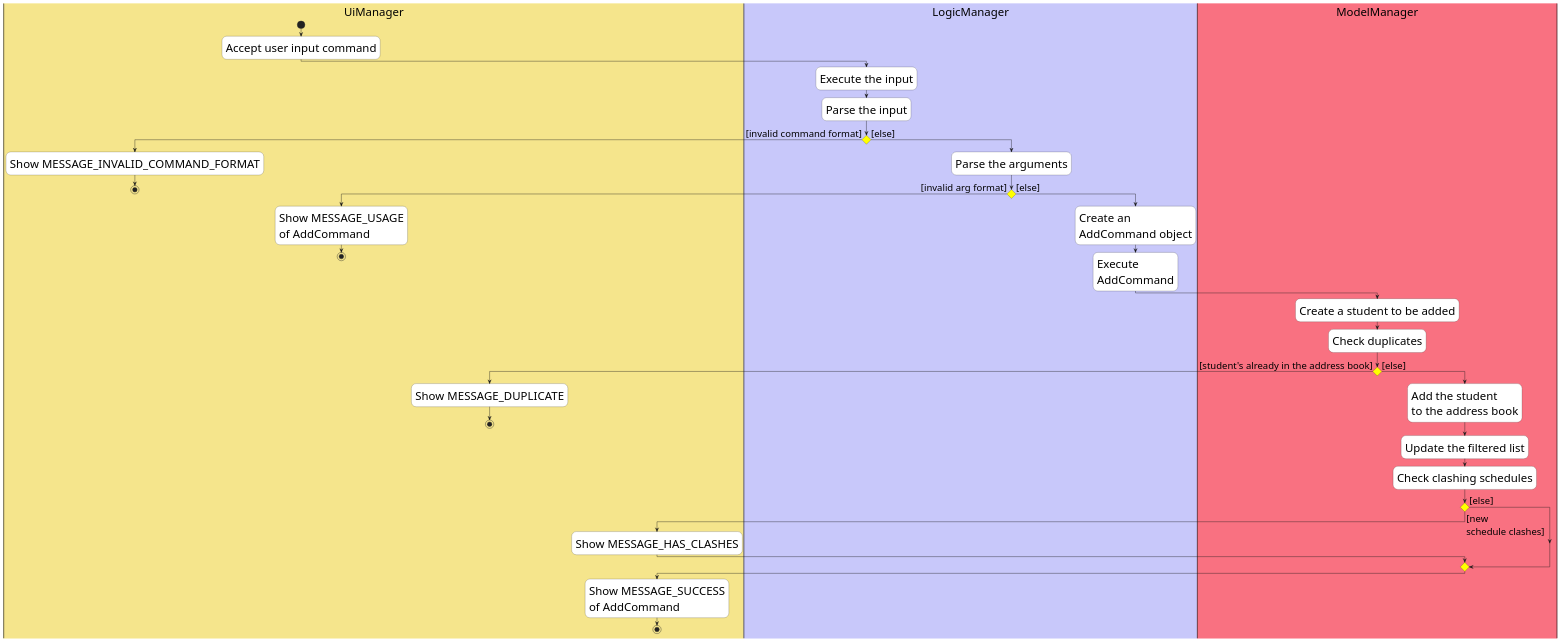
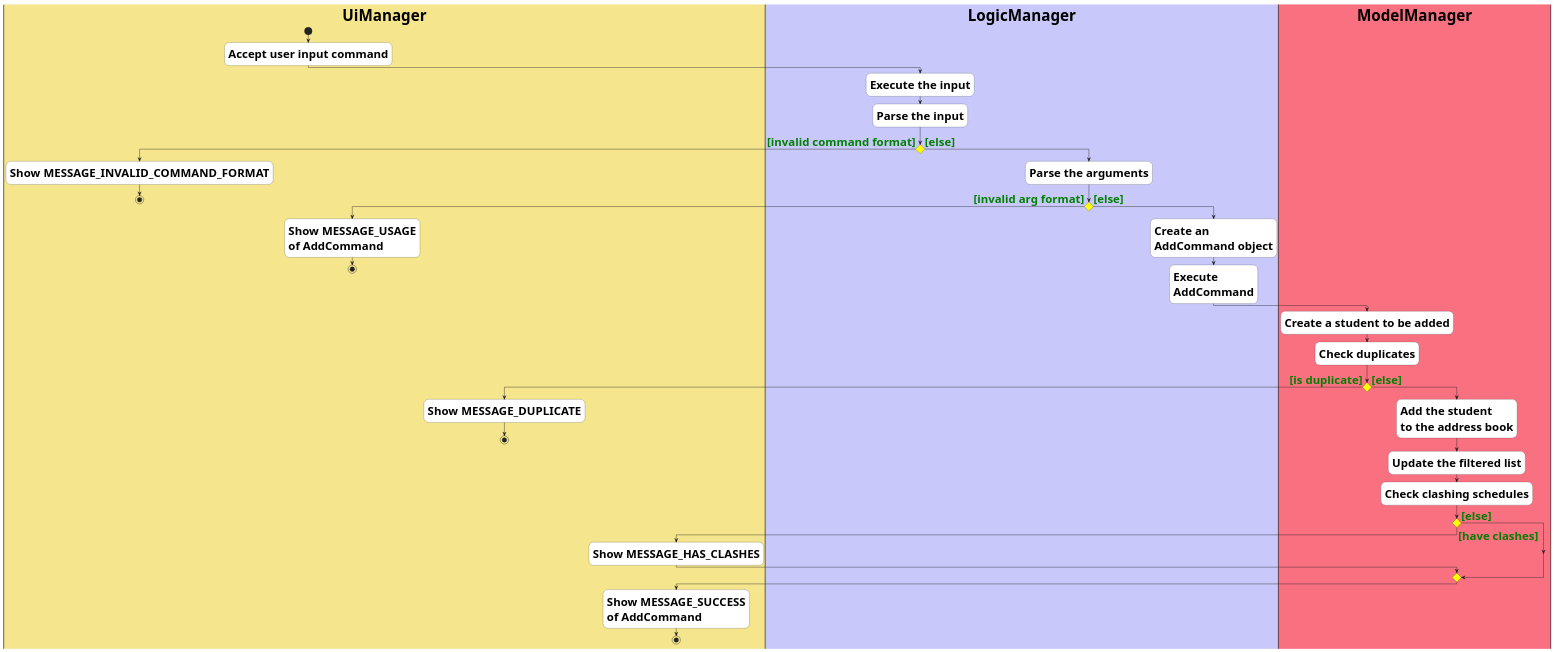
Before and after one commit to nus-cs2103-AY2425S1/tp: the diagram in docs/diagrams/AddActivityDiagram.puml, drawn with PlantUML.

Commit message:
Update swimlane version font

```diff
--- a/docs/diagrams/AddActivityDiagram.puml
+++ b/docs/diagrams/AddActivityDiagram.puml
@@ -1,95 +1,94 @@
 @startuml
 'https://plantuml.com/activity-diagram-beta
 <style>
 activityDiagram {
-  FontSize 30
-  Bold true
+  FontSize 40
+  FontStyle bold
 
   activity {
     BackgroundColor #ffffff
     BorderColor #33668E
     FontColor #000000
     FontName arial
     FontSize 30
   }
 
   diamond {
     BackgroundColor yellow
     LineColor #000000
     FontColor green
     FontName arial
     FontSize 15
   }
 
   arrow {
-    FontColor #000000
+    FontColor green
     FontName arial
-    FontSize 25
-    Bold true
+    FontSize 30
+    FontStyle bold
   }
 
   partition {
      BackgroundColor #e6f7ff
      FontColor #003366
      LineColor #33668E
      FontName arial                // Sets the font style
      FontSize 30
      RoundCorner 10
      Bold true
    }
 }
 document {
    BackgroundColor transparent
 }
 </style>
 
 |#f5e58c|UiManager|
 start
 :Accept user input command;
 |#C8C8FA|LogicManager|
 :Execute the input;
 :Parse the input;
 if () then ([invalid command format])
     |UiManager|
     :Show MESSAGE_INVALID_COMMAND_FORMAT;
     stop
     |LogicManager|
 else ([else])
     :Parse the arguments;
     if () then ([invalid arg format])
         |UiManager|
         :Show MESSAGE_USAGE
         of AddCommand;
         stop
     else ([else])
         |LogicManager|
         :Create an
         AddCommand object;
         :Execute
         AddCommand;
         |#F97181|ModelManager|
         :Create a student to be added;
         :Check duplicates;
-        if () then ([student's already in the address book])
+        if () then ([is duplicate])
             |UiManager|
             :Show MESSAGE_DUPLICATE;
             stop
         else ([else])
             |ModelManager|
             :Add the student
             to the address book;
             :Update the filtered list;
             :Check clashing schedules;
-            if () then ([new
-schedule clashes])
+            if () then ([have clashes])
                 |UiManager|
                 :Show MESSAGE_HAS_CLASHES;
             else ([else])
             endif
             :Show MESSAGE_SUCCESS
             of AddCommand;
             stop
         endif
 endif
 
 @enduml
```
